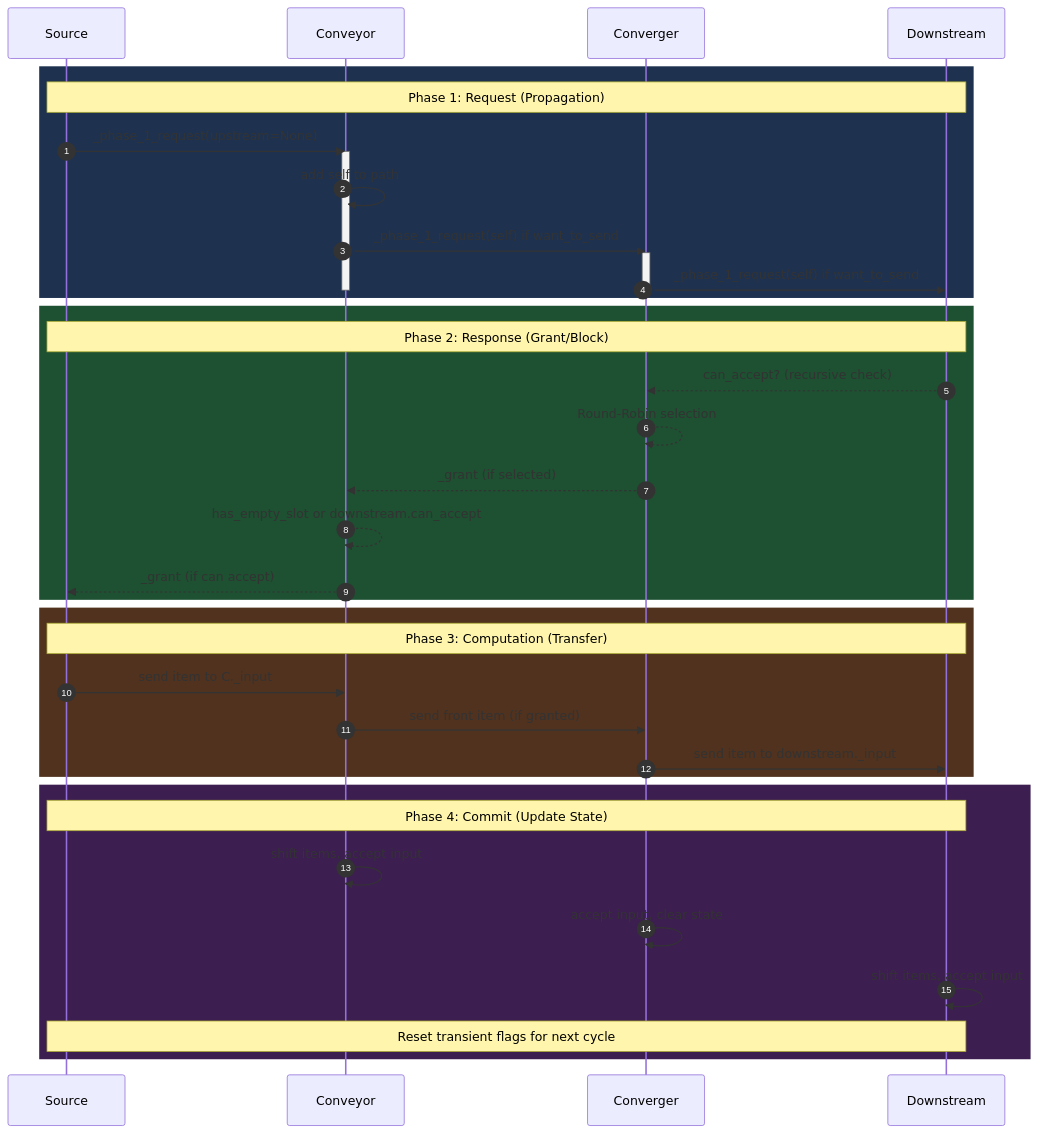
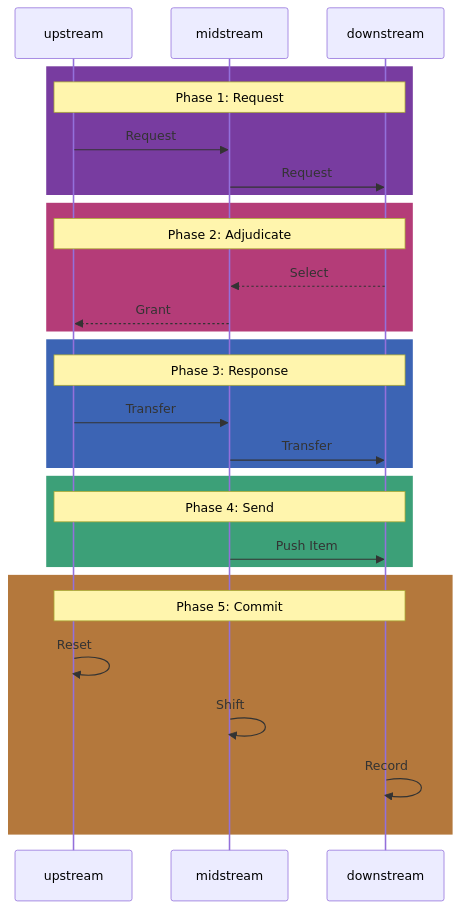
The diagram in README.md (hongshan-academy/endfield-AIC-sim), drawn with Mermaid before and after one commit. The commit also changed 46 other files, not shown here.

````diff
--- a/README.md
+++ b/README.md
@@ -1,44 +1,36 @@
 ```mermaid
 sequenceDiagram
-    autonumber
-    participant S as Source
-    participant C as Conveyor
-    participant CG as Converger
-    participant D as Downstream
+    participant U as upstream
+    participant M as midstream
+    participant D as downstream
 
-    rect rgb(30, 50, 80)
-        note over S, D: Phase 1: Request (Propagation)
-        S->>C: _phase_1_request(upstream=None)
-        activate C
-        C->>C: add self to path
-        C->>CG: _phase_1_request(self) if want_to_send
-        activate CG
-        CG->>D: _phase_1_request(self) if want_to_send
-        deactivate CG
-        deactivate C
+    rect rgb(120, 60, 160)
+        note over U, D: Phase 1: Request
+        U->>M: Request
+        M->>D: Request
     end
 
-    rect rgb(30, 80, 50)
-        note over S, D: Phase 2: Response (Grant/Block)
-        D-->>CG: can_accept? (recursive check)
-        CG-->>CG: Round-Robin selection
-        CG-->>C: _grant (if selected)
-        C-->>C: has_empty_slot or downstream.can_accept
-        C-->>S: _grant (if can accept)
+    rect rgb(180, 60, 120)
+        note over U, D: Phase 2: Adjudicate
+        D-->>M: Select
+        M-->>U: Grant
     end
 
-    rect rgb(80, 50, 30)
-        note over S, D: Phase 3: Computation (Transfer)
-        S->>C: send item to C._input
-        C->>CG: send front item (if granted)
-        CG->>D: send item to downstream._input
+    rect rgb(60, 100, 180)
+        note over U, D: Phase 3: Response
+        U->>M: Transfer
+        M->>D: Transfer
     end
 
-    rect rgb(60, 30, 80)
-        note over S, D: Phase 4: Commit (Update State)
-        C->>C: shift items, accept input
-        CG->>CG: accept input, clear state
-        D->>D: shift items, accept input
-        note over S, D: Reset transient flags for next cycle
+    rect rgb(60, 160, 120)
+        note over U, D: Phase 4: Send
+        M->>D: Push Item
+    end
+
+    rect rgb(180, 120, 60)
+        note over U, D: Phase 5: Commit
+        U->>U: Reset
+        M->>M: Shift
+        D->>D: Record
     end
 ```
````
